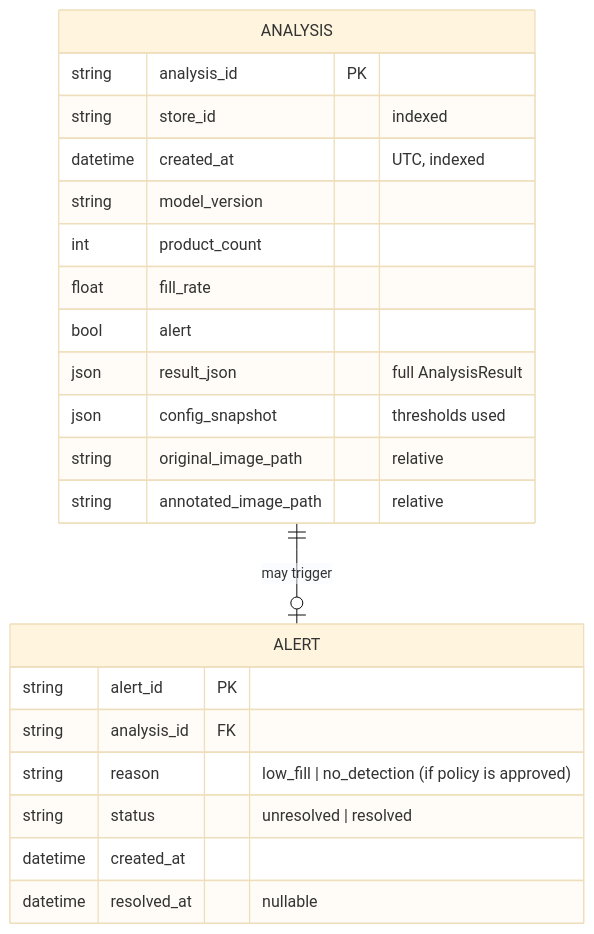
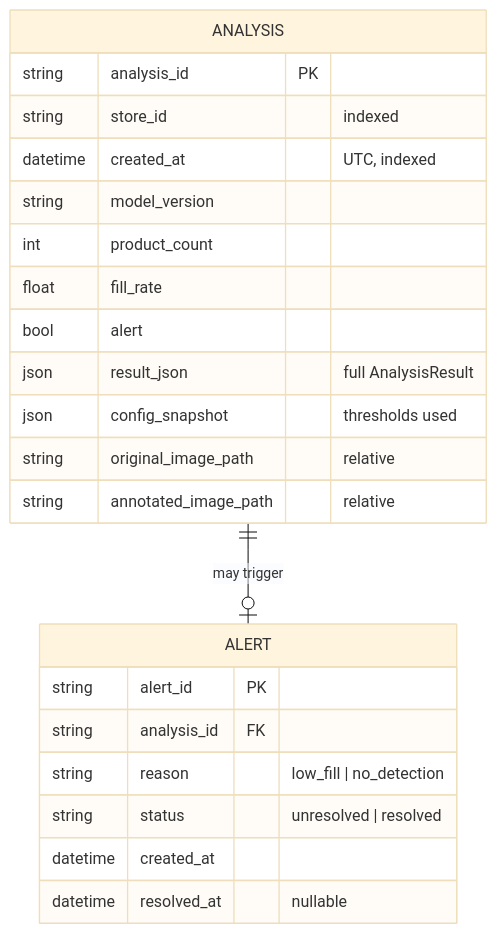
One commit to mliotlab/task_grp_intern261 changed the fifth of 5 diagrams in retail-shelf-monitoring/docs/DESIGN.md. Above: the diagram before and after it, drawn with Mermaid (base theme). The commit also changed other lines of this file and 3 other files, not shown here.

````diff
--- a/retail-shelf-monitoring/docs/DESIGN.md
+++ b/retail-shelf-monitoring/docs/DESIGN.md
@@ -224,26 +225,26 @@
 ```mermaid
 erDiagram
   ANALYSIS ||--o| ALERT : "may trigger"
 
   ANALYSIS {
     string analysis_id PK
     string store_id "indexed"
     datetime created_at "UTC, indexed"
     string model_version
     int product_count
     float fill_rate
     bool alert
     json result_json "full AnalysisResult"
     json config_snapshot "thresholds used"
     string original_image_path "relative"
     string annotated_image_path "relative"
   }
   ALERT {
     string alert_id PK
     string analysis_id FK
-    string reason "low_fill | no_detection (if policy is approved)"
+    string reason "low_fill | no_detection"
     string status "unresolved | resolved"
     datetime created_at
     datetime resolved_at "nullable"
   }
 ```
````
